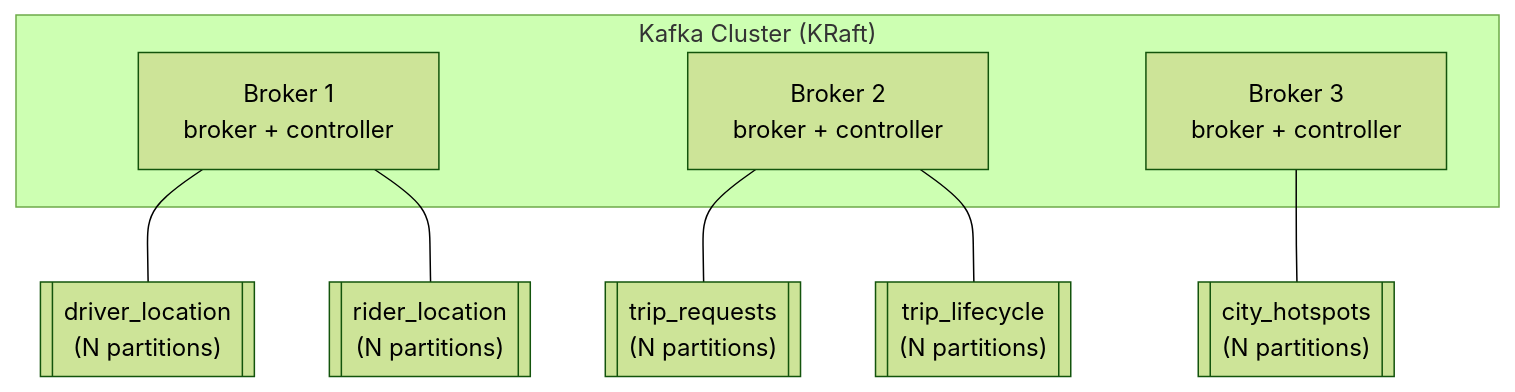
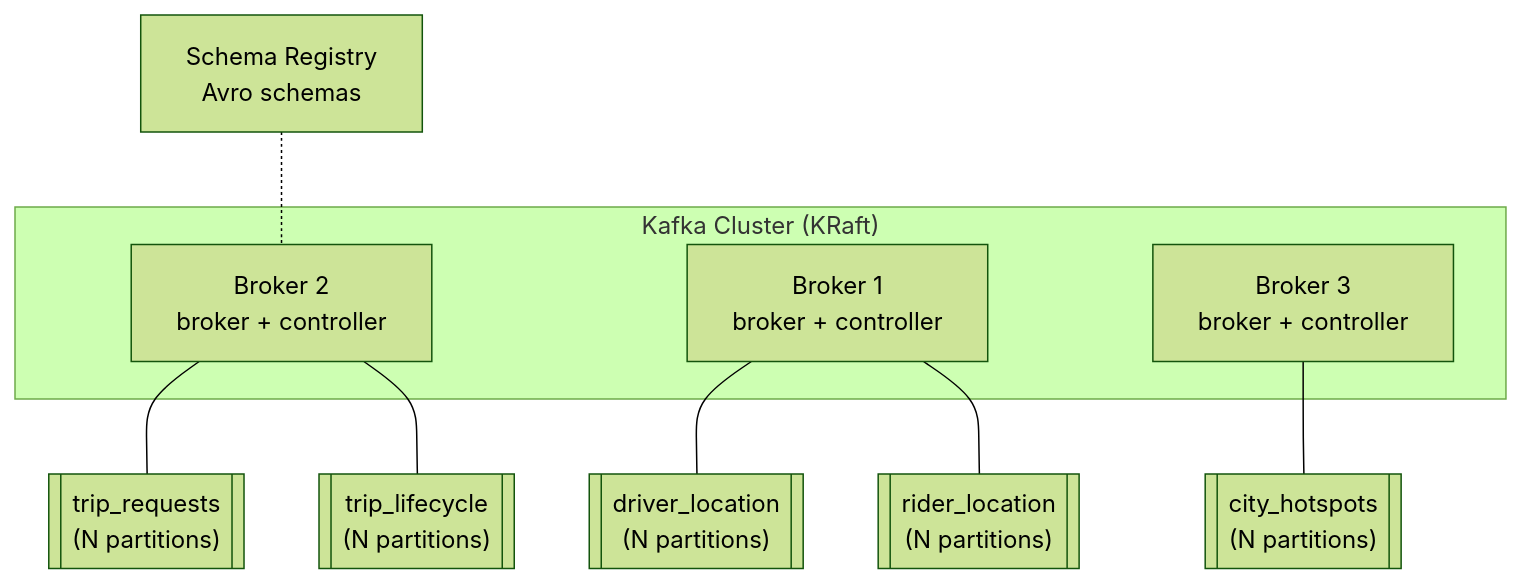
Before and after one commit to bahman-farhadian/Meanul-Data-Studio: the eighth of 9 diagrams in README.md, drawn with Mermaid (forest theme). The commit also changed other lines of this file and 1 other file, not shown here.

Commit message:
Readable diagrams, Avro + Schema Registry, lb-a/lb-b HAProxy pair, conceptual-schema notes

````diff
--- a/README.md
+++ b/README.md
@@ -370,20 +426,23 @@
 ```mermaid
 graph TB
     subgraph Kafka ["Kafka Cluster (KRaft)"]
         B1["Broker 1<br/>broker + controller"]
         B2["Broker 2<br/>broker + controller"]
         B3["Broker 3<br/>broker + controller"]
     end
+
+    SR["Schema Registry<br/>Avro schemas"]
+    SR -.- B2
 
     T1[["driver_location<br/>(N partitions)"]]
     T2[["rider_location<br/>(N partitions)"]]
     T3[["trip_requests<br/>(N partitions)"]]
     T4[["trip_lifecycle<br/>(N partitions)"]]
     T5[["city_hotspots<br/>(N partitions)"]]
 
     B1 --- T1
     B1 --- T2
     B2 --- T3
     B2 --- T4
     B3 --- T5
 ```
````
